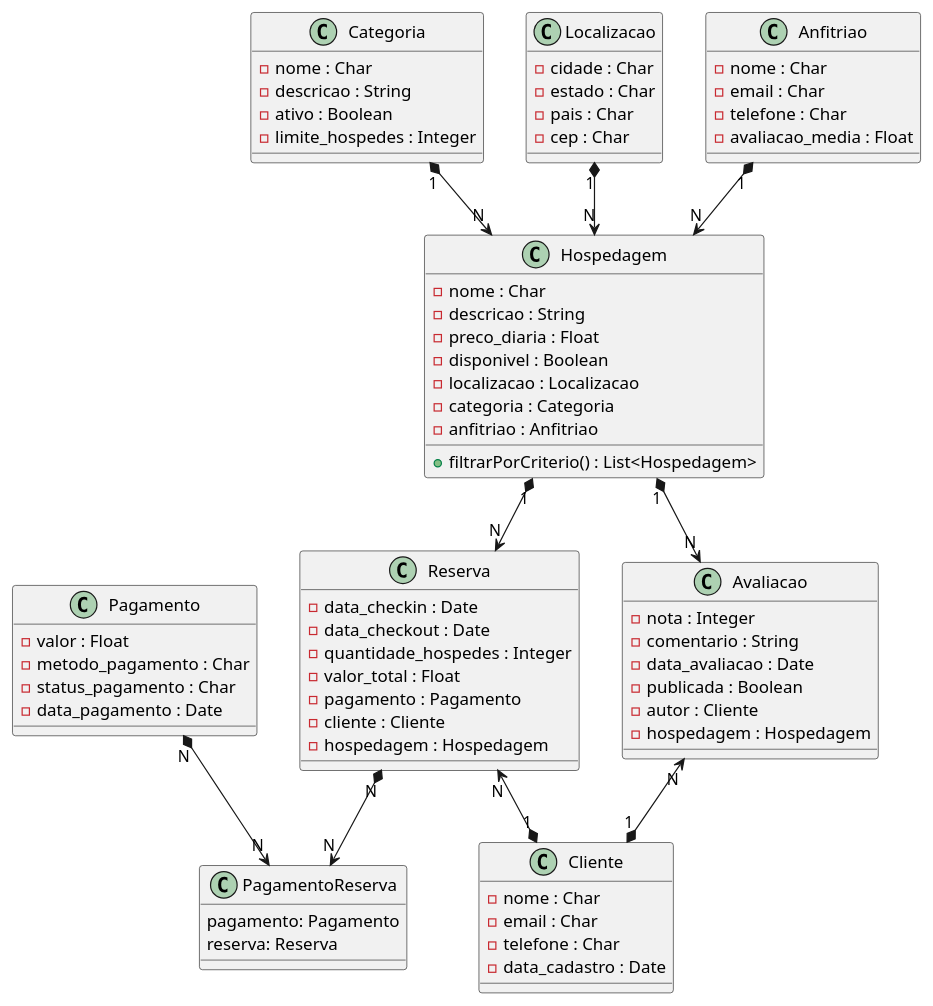
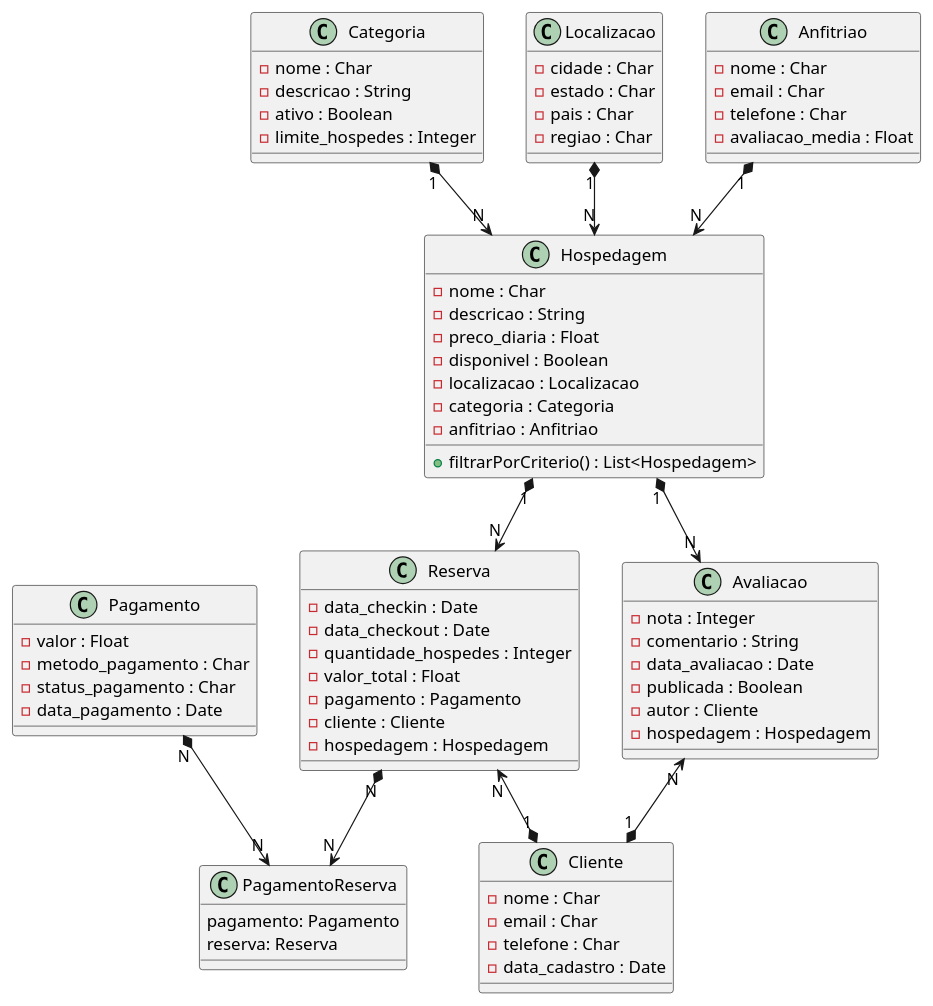
The diagram in plantuml_export.puml (anleaes/2025-2-SDM-Sexta-Manha-ZS-10), drawn with PlantUML before and after one commit. The commit also changed 1 other file, not shown here.

```diff
--- a/plantuml_export.puml
+++ b/plantuml_export.puml
@@ -1,81 +1,81 @@
 @startuml
 class Hospedagem {
   -nome : Char
   -descricao : String
   -preco_diaria : Float
   -disponivel : Boolean
   -localizacao : Localizacao
   -categoria : Categoria
   -anfitriao : Anfitriao
   +filtrarPorCriterio() : List<Hospedagem>
 }
 
 class Categoria {
   -nome : Char
   -descricao : String
   -ativo : Boolean
   -limite_hospedes : Integer
 }
 
 class Cliente {
   -nome : Char
   -email : Char
   -telefone : Char
   -data_cadastro : Date
 }
 
 class Reserva {
   -data_checkin : Date
   -data_checkout : Date
   -quantidade_hospedes : Integer
   -valor_total : Float
   -pagamento : Pagamento
   -cliente : Cliente
   -hospedagem : Hospedagem
 }
 
 class Avaliacao {
   -nota : Integer
   -comentario : String
   -data_avaliacao : Date
   -publicada : Boolean
   -autor : Cliente
   -hospedagem : Hospedagem
 }
 
 class Pagamento {
   -valor : Float
   -metodo_pagamento : Char
   -status_pagamento : Char
   -data_pagamento : Date
 }
 
 class Localizacao {
   -cidade : Char
   -estado : Char
   -pais : Char
-  -cep : Char
+  -regiao : Char
 }
 
 class Anfitriao {
   -nome : Char
   -email : Char
   -telefone : Char
   -avaliacao_media : Float
 }
 
 class PagamentoReserva{
 pagamento: Pagamento
 reserva: Reserva
 }
 
 Categoria "1" *--> "N" Hospedagem
 Localizacao "1" *--> "N" Hospedagem
 Anfitriao "1" *--> "N" Hospedagem
 Cliente "1" *-up-> "N" Reserva
 Cliente "1" *-up-> "N" Avaliacao
 Hospedagem "1" *--> "N" Reserva
 Hospedagem "1" *--> "N" Avaliacao
 Reserva "N" *--> "N" PagamentoReserva
 Pagamento "N" *--> "N" PagamentoReserva
 @enduml
```
